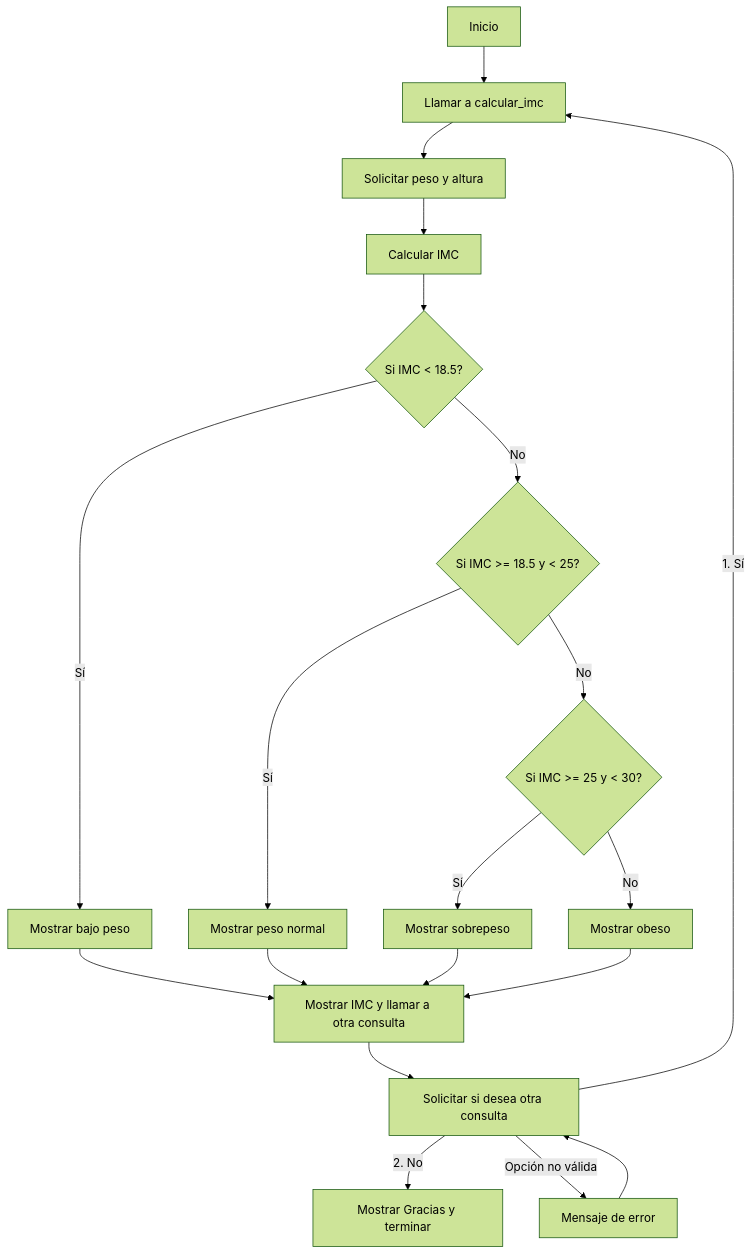
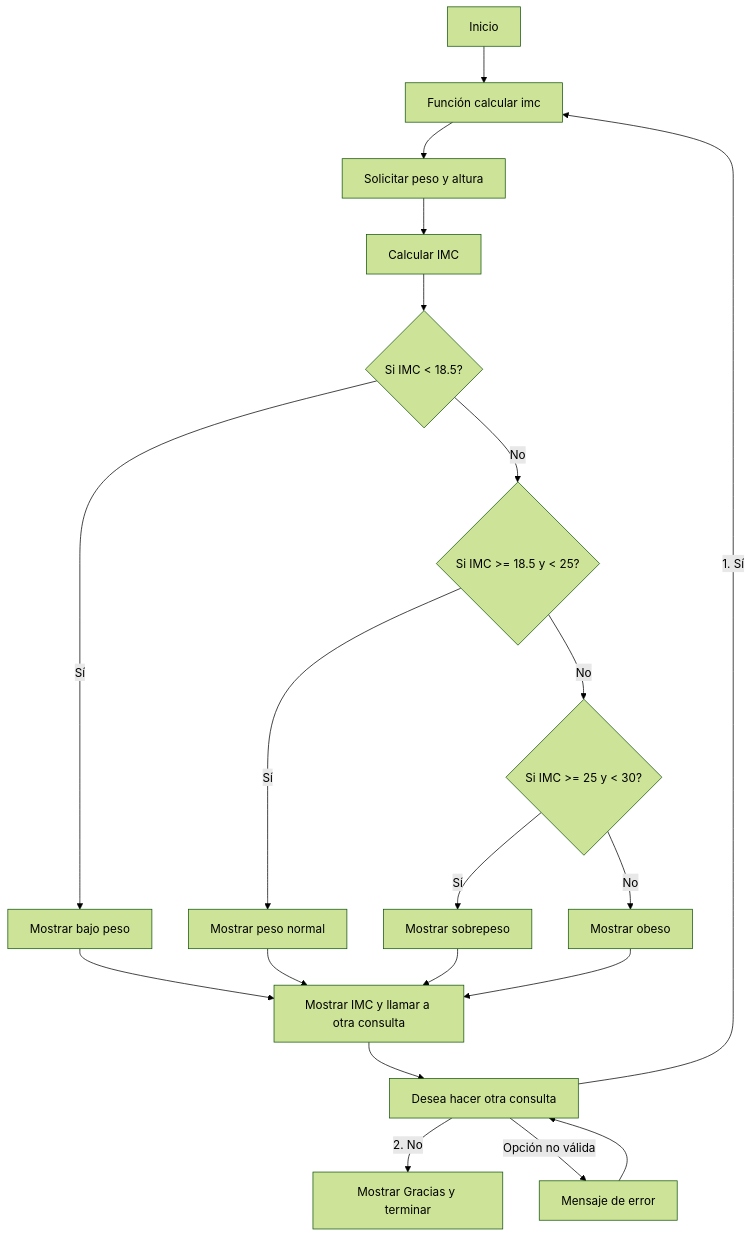
The diagram in README.md (Gabriel-Ariza/programacion_20_agosto), drawn with Mermaid (forest theme) before and after one commit.

````diff
--- a/README.md
+++ b/README.md
@@ -3,25 +3,25 @@
 ```mermaid
 graph TD
-    A[Inicio] --> B["Llamar a calcular_imc"]
+    A[Inicio] --> B["Función calcular imc"]
 
     B --> C["Solicitar peso y altura"]
     C --> D["Calcular IMC"]
     D --> E{"Si IMC < 18.5?"}
     E -- Sí --> F["Mostrar bajo peso"]
     E -- No --> G{"Si IMC >= 18.5 y < 25?"}
     G -- Sí --> H["Mostrar peso normal"]
     G -- No --> I{"Si IMC >= 25 y < 30?"}
     I -- Sí --> J["Mostrar sobrepeso"]
     I -- No --> K["Mostrar obeso"]
 
     F --> L
     H --> L
     J --> L
     K --> L["Mostrar IMC y llamar a otra consulta"]
 
-    L --> M["Solicitar si desea otra consulta"]
+    L --> M["Desea hacer otra consulta"]
     M -- "1. Sí" --> B
     M -- "2. No" --> N["Mostrar Gracias y terminar"]
     M -- "Opción no válida" --> O["Mensaje de error"]
     O --> M
 ```
````
